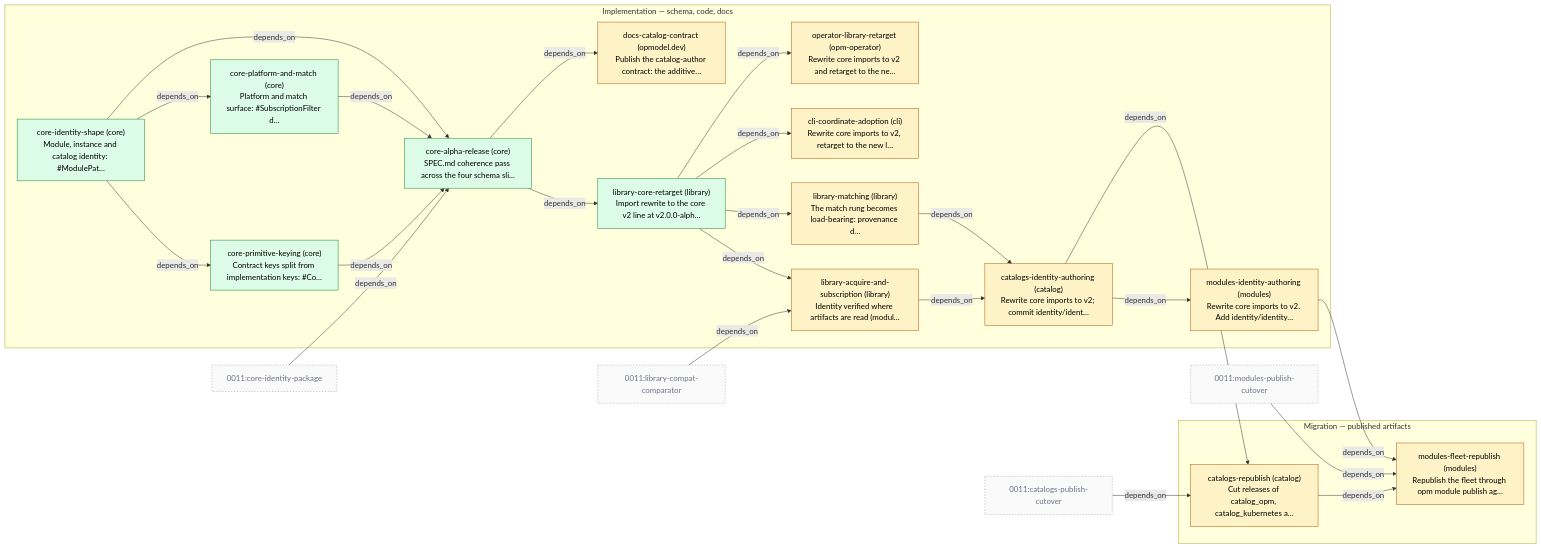
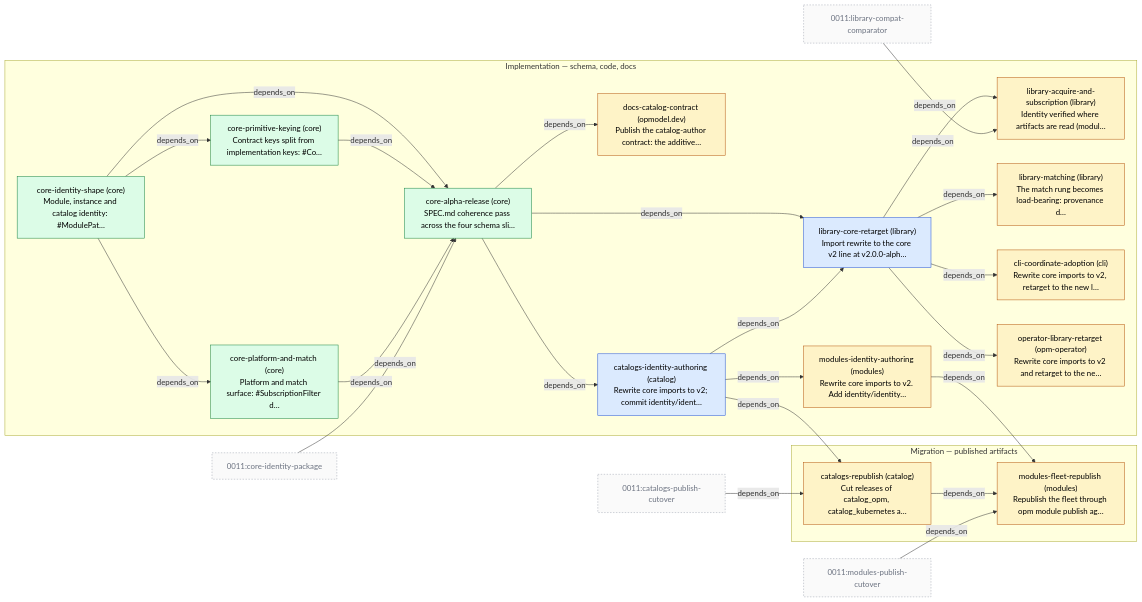
The diagram in 0010/PLAN.md (open-platform-model/enhancements), drawn with Mermaid before and after one commit. The commit also changed other lines of this file and 3 other files, not shown here.

First line of the commit message:
docs(0010): record the retarget reversal and catalog-first inversion

````diff
--- a/0010/PLAN.md
+++ b/0010/PLAN.md
@@ -5,53 +5,53 @@
 ```mermaid
 graph LR
   classDef planned     fill:#fef3c7,stroke:#b45309,color:#000
   classDef in_progress fill:#dbeafe,stroke:#1d4ed8,color:#000
   classDef done        fill:#dcfce7,stroke:#15803d,color:#000
   classDef cancelled   fill:#e5e7eb,stroke:#6b7280,color:#6b7280
   classDef other       fill:#fafafa,stroke:#9ca3af,color:#6b7280,stroke-dasharray:3 3
 
   subgraph PHASE_IMPL["Implementation — schema, code, docs"]
     S_core-identity-shape["core-identity-shape (core)\nModule, instance and catalog identity: #ModulePat…"]:::done
     S_core-primitive-keying["core-primitive-keying (core)\nContract keys split from implementation keys: #Co…"]:::done
     S_core-platform-and-match["core-platform-and-match (core)\nPlatform and match surface: #SubscriptionFilter d…"]:::done
     S_core-alpha-release["core-alpha-release (core)\nSPEC.md coherence pass across the four schema sli…"]:::done
-    S_library-core-retarget["library-core-retarget (library)\nImport rewrite to the core v2 line at v2.0.0-alph…"]:::done
+    S_library-core-retarget["library-core-retarget (library)\nImport rewrite to the core v2 line at v2.0.0-alph…"]:::in_progress
     S_library-acquire-and-subscription["library-acquire-and-subscription (library)\nIdentity verified where artifacts are read (modul…"]:::planned
     S_library-matching["library-matching (library)\nThe match rung becomes load-bearing: provenance d…"]:::planned
     S_docs-catalog-contract["docs-catalog-contract (opmodel.dev)\nPublish the catalog-author contract: the additive…"]:::planned
     S_cli-coordinate-adoption["cli-coordinate-adoption (cli)\nRewrite core imports to v2, retarget to the new l…"]:::planned
     S_operator-library-retarget["operator-library-retarget (opm-operator)\nRewrite core imports to v2 and retarget to the ne…"]:::planned
-    S_catalogs-identity-authoring["catalogs-identity-authoring (catalog)\nRewrite core imports to v2; commit identity/ident…"]:::planned
+    S_catalogs-identity-authoring["catalogs-identity-authoring (catalog)\nRewrite core imports to v2; commit identity/ident…"]:::in_progress
     S_modules-identity-authoring["modules-identity-authoring (modules)\nRewrite core imports to v2. Add identity/identity…"]:::planned
   end
   subgraph PHASE_MIGR["Migration — published artifacts"]
     S_catalogs-republish["catalogs-republish (catalog)\nCut releases of catalog_opm, catalog_kubernetes a…"]:::planned
     S_modules-fleet-republish["modules-fleet-republish (modules)\nRepublish the fleet through opm module publish ag…"]:::planned
   end
 
   S_core-identity-shape -->|depends_on| S_core-primitive-keying
   S_core-identity-shape -->|depends_on| S_core-platform-and-match
   S_core-identity-shape -->|depends_on| S_core-alpha-release
   S_core-primitive-keying -->|depends_on| S_core-alpha-release
   S_core-platform-and-match -->|depends_on| S_core-alpha-release
   X_0011_core-identity-package["0011:core-identity-package"]:::other
   X_0011_core-identity-package -->|depends_on| S_core-alpha-release
   S_core-alpha-release -->|depends_on| S_library-core-retarget
+  S_catalogs-identity-authoring -->|depends_on| S_library-core-retarget
   S_library-core-retarget -->|depends_on| S_library-acquire-and-subscription
   X_0011_library-compat-comparator["0011:library-compat-comparator"]:::other
   X_0011_library-compat-comparator -->|depends_on| S_library-acquire-and-subscription
   S_library-core-retarget -->|depends_on| S_library-matching
   S_core-alpha-release -->|depends_on| S_docs-catalog-contract
   S_library-core-retarget -->|depends_on| S_cli-coordinate-adoption
   S_library-core-retarget -->|depends_on| S_operator-library-retarget
-  S_library-acquire-and-subscription -->|depends_on| S_catalogs-identity-authoring
-  S_library-matching -->|depends_on| S_catalogs-identity-authoring
+  S_core-alpha-release -->|depends_on| S_catalogs-identity-authoring
   S_catalogs-identity-authoring -->|depends_on| S_modules-identity-authoring
   S_catalogs-identity-authoring -->|depends_on| S_catalogs-republish
   X_0011_catalogs-publish-cutover["0011:catalogs-publish-cutover"]:::other
   X_0011_catalogs-publish-cutover -->|depends_on| S_catalogs-republish
   S_catalogs-republish -->|depends_on| S_modules-fleet-republish
   S_modules-identity-authoring -->|depends_on| S_modules-fleet-republish
   X_0011_modules-publish-cutover["0011:modules-publish-cutover"]:::other
   X_0011_modules-publish-cutover -->|depends_on| S_modules-fleet-republish
 ```
````
